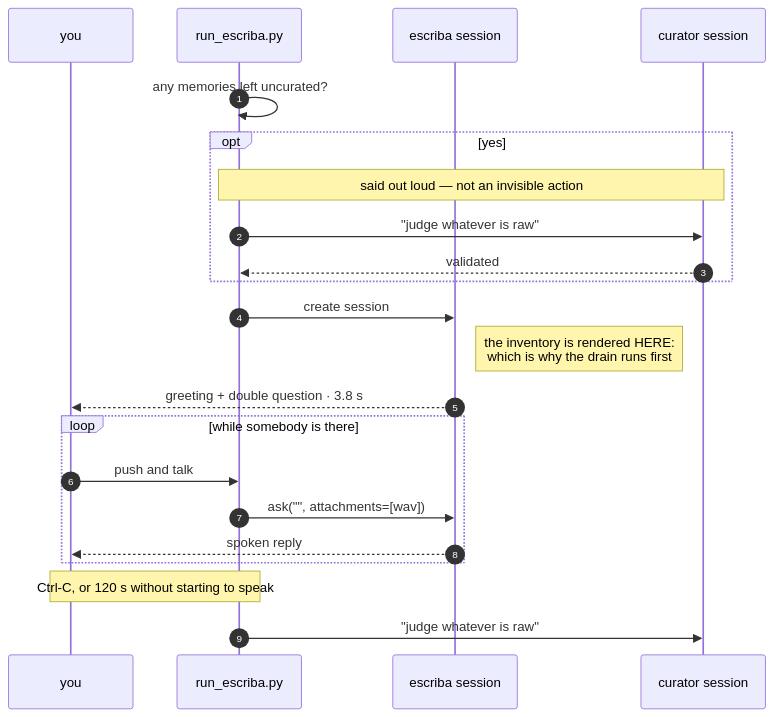
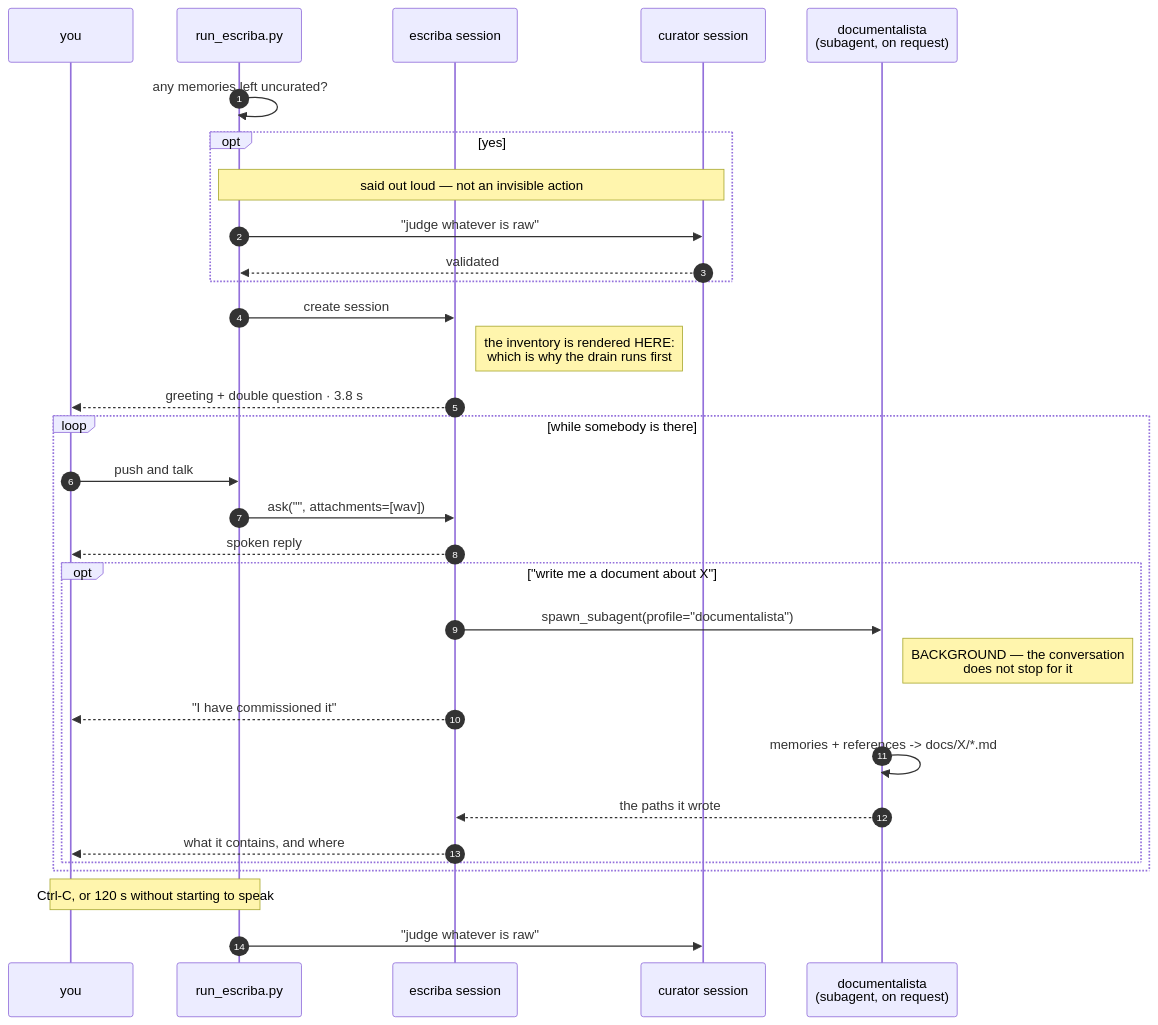
One commit to Jaato-framework-and-examples/jaato-escriba changed the second of 3 diagrams in README.md. Above: the diagram before and after it, drawn with Mermaid. The commit also changed other lines of this file, not shown here.

````diff
--- a/README.md
+++ b/README.md
@@ -154,28 +185,37 @@
 ```mermaid
 sequenceDiagram
     autonumber
     participant T as you
     participant D as run_escriba.py
     participant E as escriba session
     participant C as curator session
+    participant M as documentalista<br/>(subagent, on request)
 
     D->>D: any memories left uncurated?
     opt yes
         Note over D,C: said out loud — not an invisible action
         D->>C: "judge whatever is raw"
         C-->>D: validated
     end
 
     D->>E: create session
     Note right of E: the inventory is rendered HERE:<br/>which is why the drain runs first
     E-->>T: greeting + double question · 3.8 s
 
     loop while somebody is there
         T->>D: push and talk
         D->>E: ask("", attachments=[wav])
         E-->>T: spoken reply
+        opt "write me a document about X"
+            E->>M: spawn_subagent(profile="documentalista")
+            Note right of M: BACKGROUND — the conversation<br/>does not stop for it
+            E-->>T: "I have commissioned it"
+            M->>M: memories + references -> docs/X/*.md
+            M-->>E: the paths it wrote
+            E-->>T: what it contains, and where
+        end
     end
 
     Note over T,D: Ctrl-C, or 120 s without starting to speak
     D->>C: "judge whatever is raw"
 ```
````
